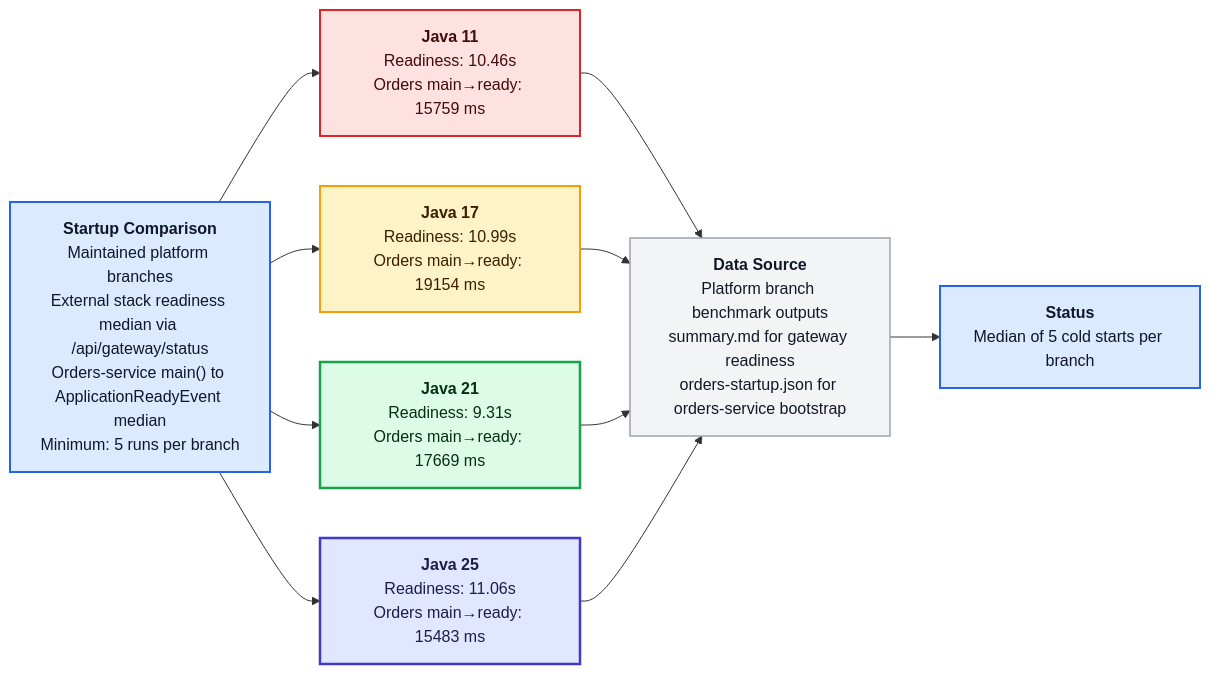
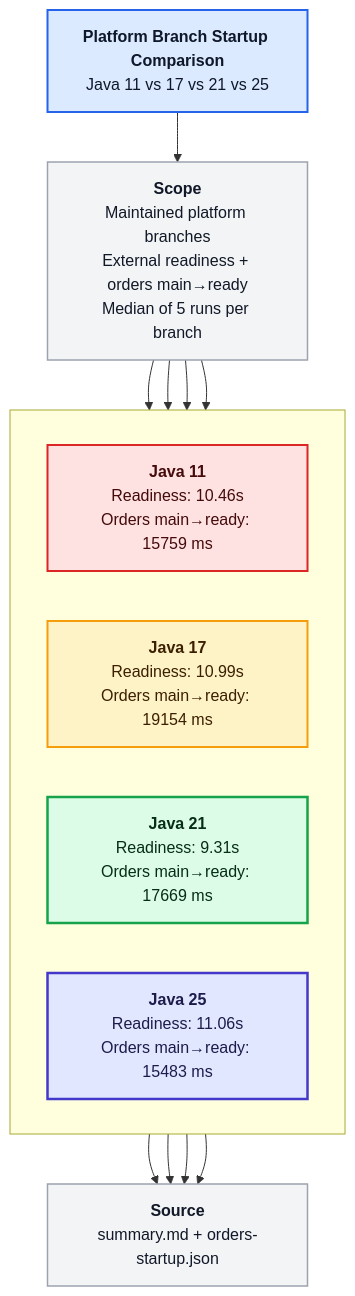
One commit to SaschaMoellering/acmecorp-platform changed the diagram in docs/episodes/episode-07/assets/diagrams/E07-D01-startup-comparison.md. Above: the diagram before and after it, drawn with Mermaid. The commit also changed 4 other files, not shown here.

Commit message:
Episode 7: finalize benchmark diagram family (D01–D04)

````diff
--- a/docs/episodes/episode-07/assets/diagrams/E07-D01-startup-comparison.md
+++ b/docs/episodes/episode-07/assets/diagrams/E07-D01-startup-comparison.md
@@ -1,31 +1,34 @@
 ```mermaid
-flowchart LR
+flowchart TB
 
 %% === AcmeCorp Diagram Style Standard ===
 classDef java11 fill:#FEE2E2,stroke:#DC2626,stroke-width:2px,color:#450A0A;
 classDef java17 fill:#FEF3C7,stroke:#F59E0B,stroke-width:2px,color:#3B1F00;
 classDef java21 fill:#DCFCE7,stroke:#16A34A,stroke-width:2.5px,color:#052E16;
 classDef java25 fill:#E0E7FF,stroke:#4338CA,stroke-width:2.5px,color:#1E1B4B;
 classDef metric fill:#DBEAFE,stroke:#2563EB,stroke-width:2px,color:#0F172A;
 classDef neutral fill:#F3F4F6,stroke:#9CA3AF,stroke-width:1.5px,color:#111827;
 
-Method["<b>Startup Comparison</b><br/>Maintained platform branches<br/>External stack readiness median via /api/gateway/status<br/>Orders-service main() to ApplicationReadyEvent median<br/>Minimum: 5 runs per branch"]:::metric
+Title["<b>Platform Branch Startup Comparison</b><br/>Java 11 vs 17 vs 21 vs 25"]:::metric
+Scope["<b>Scope</b><br/>Maintained platform branches<br/>External readiness + orders main→ready<br/>Median of 5 runs per branch"]:::neutral
 
+subgraph Compare[" "]
+direction LR
 J11["<b>Java 11</b><br/>Readiness: 10.46s<br/>Orders main→ready: 15759 ms"]:::java11
 J17["<b>Java 17</b><br/>Readiness: 10.99s<br/>Orders main→ready: 19154 ms"]:::java17
 J21["<b>Java 21</b><br/>Readiness: 9.31s<br/>Orders main→ready: 17669 ms"]:::java21
 J25["<b>Java 25</b><br/>Readiness: 11.06s<br/>Orders main→ready: 15483 ms"]:::java25
+end
 
-Data["<b>Data Source</b><br/>Platform branch benchmark outputs<br/>summary.md for gateway readiness<br/>orders-startup.json for orders-service bootstrap"]:::neutral
-Result["<b>Status</b><br/>Median of 5 cold starts per branch"]:::metric
+Source["<b>Source</b><br/>summary.md + orders-startup.json"]:::neutral
 
-Method --> J11
-Method --> J17
-Method --> J21
-Method --> J25
-J11 --> Data
-J17 --> Data
-J21 --> Data
-J25 --> Data
-Data --> Result
+Title --> Scope
+Scope --> J11
+Scope --> J17
+Scope --> J21
+Scope --> J25
+J11 --> Source
+J17 --> Source
+J21 --> Source
+J25 --> Source
 ```
````
